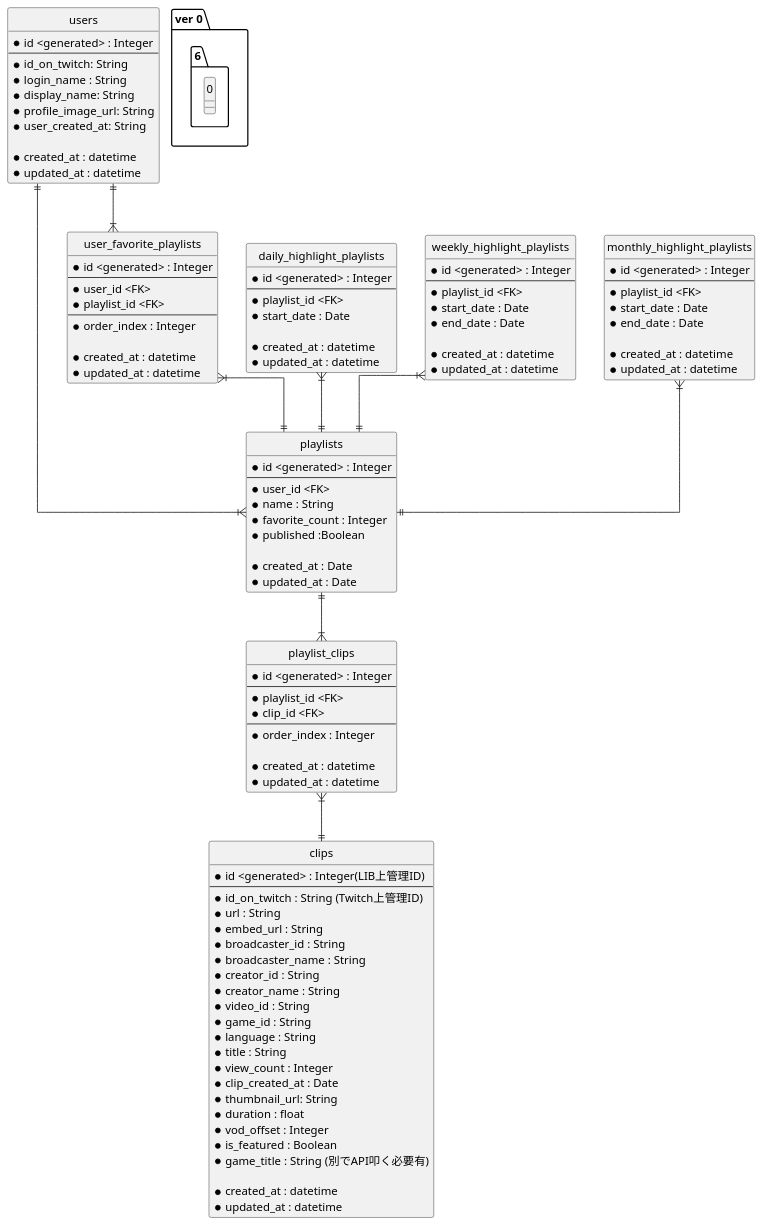
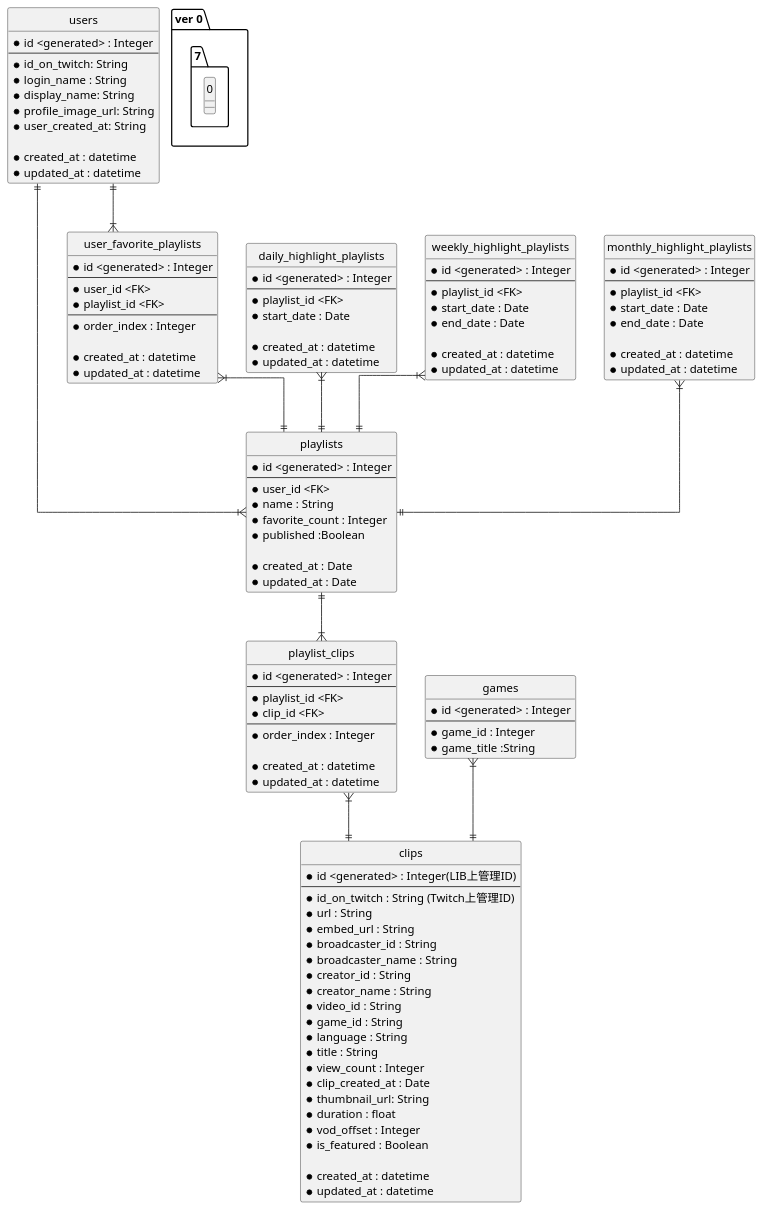
One commit to Taku1103/APPRENTICE_Quests_private changed the diagram in dev2_Team_rubbit/er.pu. Above: the diagram before and after it, drawn with PlantUML. The commit also changed other lines of this file, not shown here.

Commit message:
er ver 0.7.0

```diff
--- a/dev2_Team_rubbit/er.pu
+++ b/dev2_Team_rubbit/er.pu
@@ -3,134 +3,139 @@
 @startuml shortcut_quiz
 
 ' hide the spot
 hide circle
 
 ' avoid problems with angled crows feet
 skinparam linetype ortho
 
 
-entity "ver 0.6.0" {
+entity "ver 0.7.0" {
 
 }
 
 entity "users" {
     *id <generated> : Integer
     --
     *id_on_twitch: String
     *login_name : String
     *display_name: String
     *profile_image_url: String
     *user_created_at: String
 
     *created_at : datetime
     *updated_at : datetime
 }
 
 
 entity "playlists" {
     *id <generated> : Integer
     --
     *user_id <FK>
     *name : String
     *favorite_count : Integer
     *published :Boolean
 
     *created_at : Date
     *updated_at : Date
 }
 
 
 entity "clips" {
     *id <generated> : Integer(LIB上管理ID)
     --
     *id_on_twitch : String (Twitch上管理ID)
     *url : String
     *embed_url : String
     *broadcaster_id : String
     *broadcaster_name : String
     *creator_id : String
     *creator_name : String
     *video_id : String
     *game_id : String
     *language : String
     *title : String
     *view_count : Integer
     *clip_created_at : Date
     *thumbnail_url: String
     *duration : float
     *vod_offset : Integer
     *is_featured : Boolean
-    *game_title : String (別でAPI叩く必要有)
 
     *created_at : datetime
     *updated_at : datetime
 }
 
 
 entity  "playlist_clips" {
     *id <generated> : Integer
     --
     *playlist_id <FK>
     *clip_id <FK>
     --
     *order_index : Integer
 
     *created_at : datetime
     *updated_at : datetime
 }
 entity "user_favorite_playlists" {
     *id <generated> : Integer
     --
     *user_id <FK>
     *playlist_id <FK>
     --
     *order_index : Integer
 
     *created_at : datetime
     *updated_at : datetime
 }
 
 entity "daily_highlight_playlists" {
     *id <generated> : Integer
     --
     *playlist_id <FK>
     *start_date : Date
 
     *created_at : datetime
     *updated_at : datetime
 }
 entity "weekly_highlight_playlists" {
     *id <generated> : Integer
     --
     *playlist_id <FK>
     *start_date : Date
     *end_date : Date
 
     *created_at : datetime
     *updated_at : datetime
 }
 entity "monthly_highlight_playlists" {
     *id <generated> : Integer
     --
     *playlist_id <FK>
     *start_date : Date
     *end_date : Date
 
     *created_at : datetime
     *updated_at : datetime
 }
 
-
+entity "games" {
+  *id <generated> : Integer
+  --
+  *game_id : Integer
+  *game_title :String
+}
 
 users||--|{playlists
 playlists||--|{playlist_clips
 playlist_clips}|--||clips
 users||--|{user_favorite_playlists
 user_favorite_playlists}|--||playlists
 
 daily_highlight_playlists}|--||playlists
 weekly_highlight_playlists}|--||playlists
 monthly_highlight_playlists}|--||playlists
 
+games}|--||clips
 
 @enduml
```
